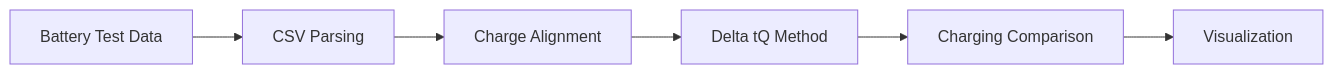
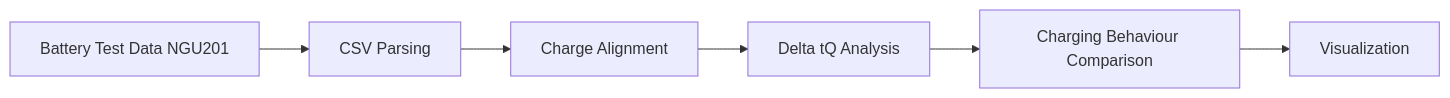
One commit to YusoXXX/battery-charging-analysis changed the diagram in README.md. Above: the diagram before and after it, drawn with Mermaid. The commit also changed other lines of this file, not shown here.

````diff
--- a/README.md
+++ b/README.md
@@ -26,8 +26,8 @@
 ```mermaid
 flowchart LR
-    A[Battery Test Data] --> B[CSV Parsing]
+    A[Battery Test Data NGU201] --> B[CSV Parsing]
     B --> C[Charge Alignment]
-    C --> D[Delta tQ Method]
-    D --> E[Charging Comparison]
+    C --> D[Delta tQ Analysis]
+    D --> E[Charging Behaviour Comparison]
     E --> F[Visualization]
 ```
````
